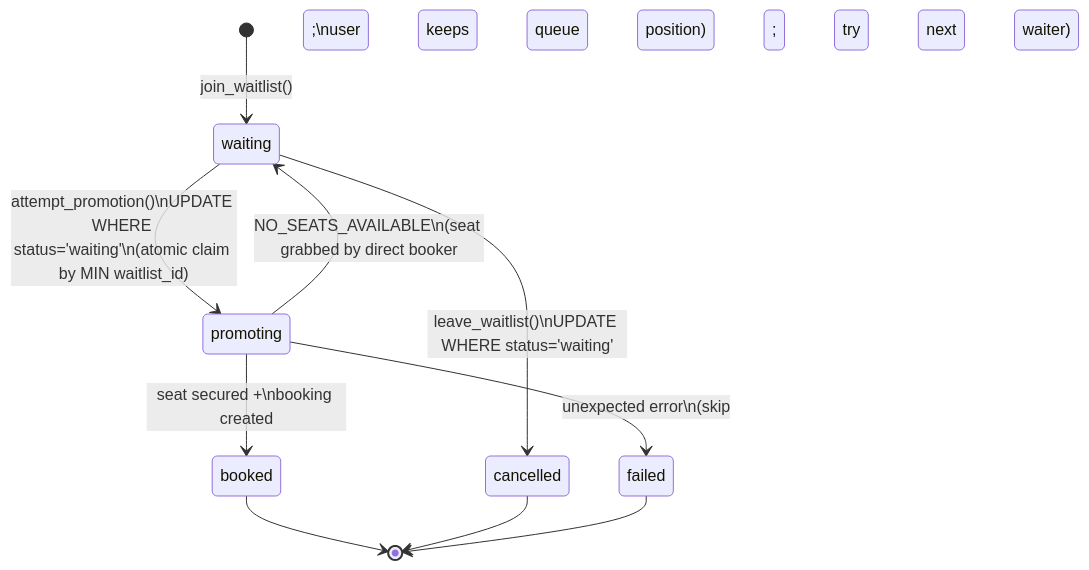
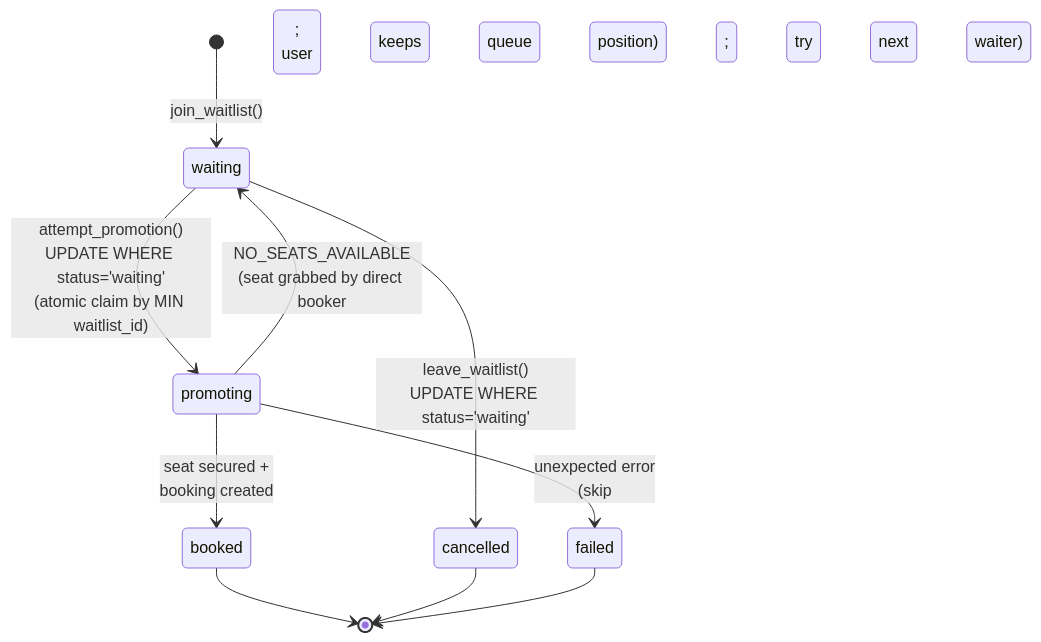
One commit to anishchugh05/galaxium-travels-bob changed the fifth of 5 diagrams in docs/ARCHITECTURE.md. Above: the diagram before and after it, drawn with Mermaid. The commit also changed other lines of this file and 9 other files, not shown here.

````diff
--- a/docs/ARCHITECTURE.md
+++ b/docs/ARCHITECTURE.md
@@ -129,15 +129,15 @@
 ```mermaid
 stateDiagram-v2
     [*] --> waiting : join_waitlist()
 
-    waiting --> promoting : attempt_promotion()\nUPDATE WHERE status='waiting'\n(atomic claim by MIN waitlist_id)
-    waiting --> cancelled : leave_waitlist()\nUPDATE WHERE status='waiting'
+    waiting --> promoting : attempt_promotion()<br/>UPDATE WHERE status='waiting'<br/>(atomic claim by MIN waitlist_id)
+    waiting --> cancelled : leave_waitlist()<br/>UPDATE WHERE status='waiting'
 
-    promoting --> booked : seat secured +\nbooking created
-    promoting --> waiting : NO_SEATS_AVAILABLE\n(seat grabbed by direct booker;\nuser keeps queue position)
-    promoting --> failed : unexpected error\n(skip; try next waiter)
+    promoting --> booked : seat secured +<br/>booking created
+    promoting --> waiting : NO_SEATS_AVAILABLE<br/>(seat grabbed by direct booker;<br/>user keeps queue position)
+    promoting --> failed : unexpected error<br/>(skip; try next waiter)
 
     booked --> [*]
     cancelled --> [*]
     failed --> [*]
 ```
````
